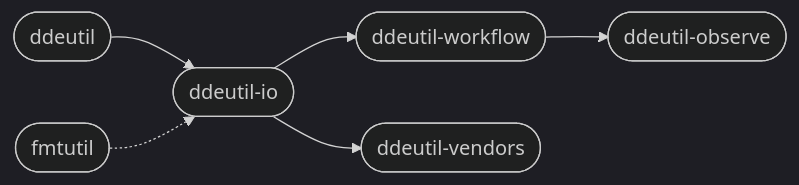
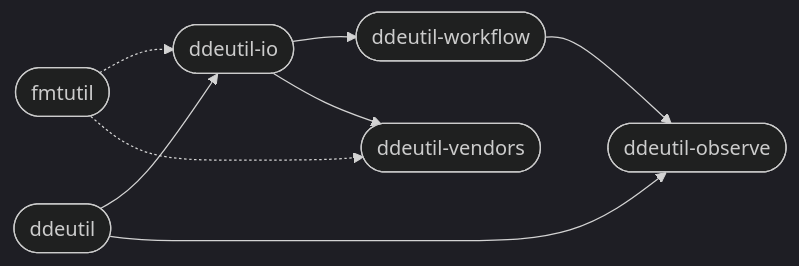
One commit to ddeutils/.github changed the diagram in profile/README.md. Above: the diagram before and after it, drawn with Mermaid (dark theme). The commit also changed other lines of this file, not shown here.

````diff
--- a/profile/README.md
+++ b/profile/README.md
@@ -5,7 +5,8 @@
 ```mermaid
 flowchart LR
-
    1([ddeutil]) --> 2([ddeutil-io]) --> 3([ddeutil-workflow]) --> 4([ddeutil-observe])
+   1 --> 4
+   2 --> 5([ddeutil-vendors])
    0([fmtutil]) -.-> 2
-   2 --> 5([ddeutil-vendors])
+   0 -.-> 5
 ```
````
